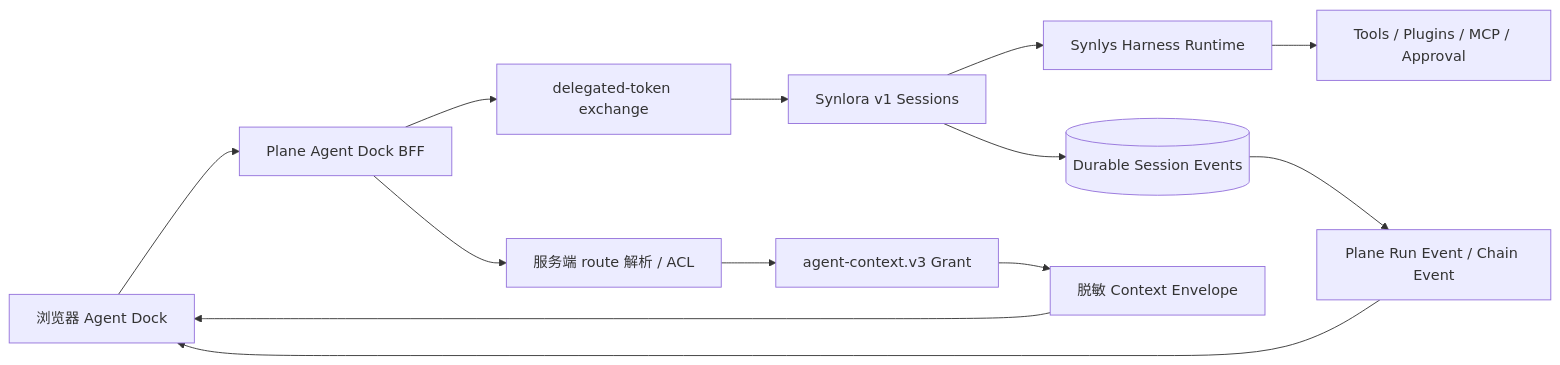
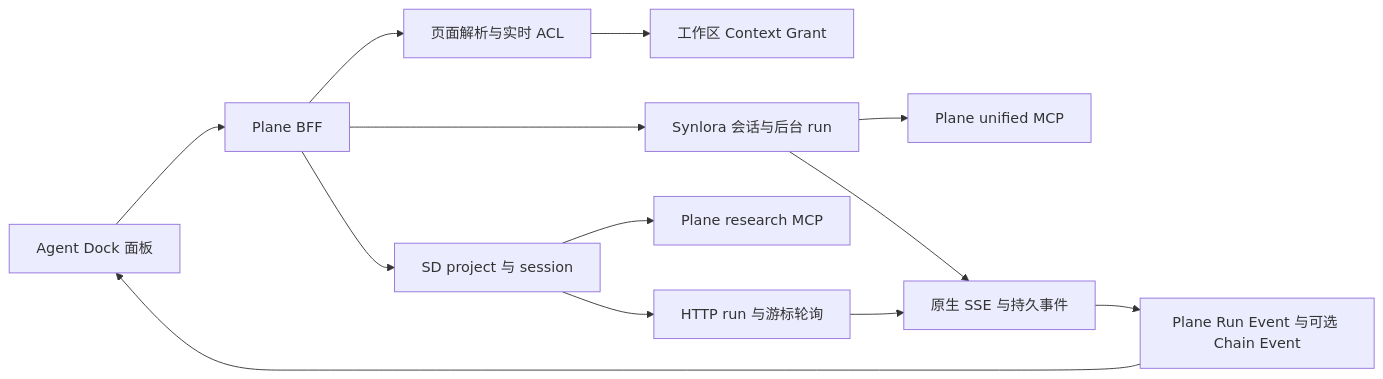
The diagram in docs/architecture/agent-dock-synlora.md (SynlysAI/plane), drawn with Mermaid before and after one commit. The commit also changed other lines of this file and 105 other files, not shown here.

````diff
--- a/docs/architecture/agent-dock-synlora.md
+++ b/docs/architecture/agent-dock-synlora.md
@@ -5,15 +7,15 @@
 ```mermaid
 flowchart LR
-  U[浏览器 Agent Dock] --> BFF[Plane Agent Dock BFF]
-  BFF --> ACL[服务端 route 解析 / ACL]
-  ACL --> CTX[agent-context.v3 Grant]
-  BFF --> DEL[delegated-token exchange]
-  DEL --> S[Synlora v1 Sessions]
-  S --> H[Synlys Harness Runtime]
-  H --> T[Tools / Plugins / MCP / Approval]
-  S --> EV[(Durable Session Events)]
-  EV --> PROJ[Plane Run Event / Chain Event]
-  PROJ --> U
-  CTX --> ENV[脱敏 Context Envelope]
-  ENV --> U
+  U[Agent Dock 面板] --> B[Plane BFF]
+  B --> A[页面解析与实时 ACL]
+  A --> G[工作区 Context Grant]
+  B --> S[Synlora 会话与后台 run]
+  B --> D[SD project 与 session]
+  S --> M[Plane unified MCP]
+  D --> R[Plane research MCP]
+  S --> E[原生 SSE 与持久事件]
+  D --> P[HTTP run 与游标轮询]
+  P --> E
+  E --> L[Plane Run Event 与可选 Chain Event]
+  L --> U
 ```
````
